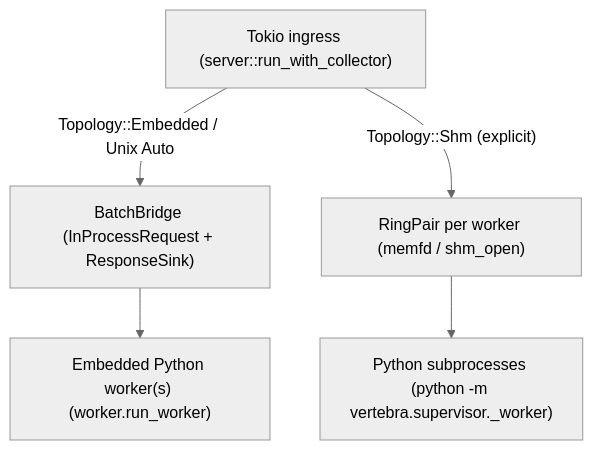
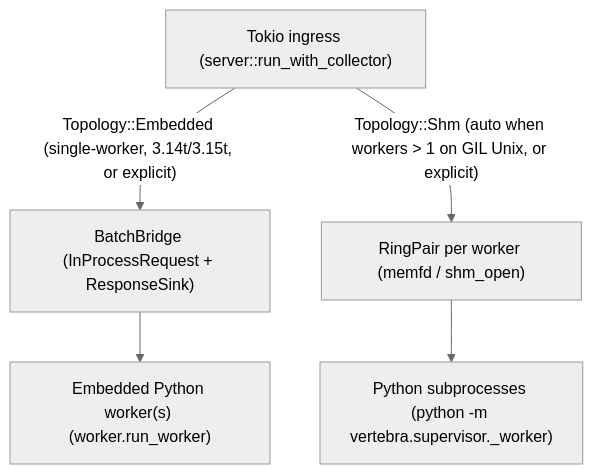
Before and after one commit to cofin/vertebra: the diagram in .agents/bundles/knowledge/architecture/runtime/topologies-and-embedding.md, drawn with Mermaid (neutral theme). The commit also changed other lines of this file and 105 other files, not shown here.

First line of the commit message:
docs: add polyglot documentation pipeline and auto-SHM multi-worker topology (#55)

````diff
--- a/.agents/bundles/knowledge/architecture/runtime/topologies-and-embedding.md
+++ b/.agents/bundles/knowledge/architecture/runtime/topologies-and-embedding.md
@@ -24,8 +25,8 @@
 ```mermaid
 flowchart TD
     Ingress["Tokio ingress (server::run_with_collector)"]
-    Ingress -->|"Topology::Embedded / Unix Auto"| Bridge["BatchBridge (InProcessRequest + ResponseSink)"]
-    Ingress -->|"Topology::Shm (explicit)"| Shm["RingPair per worker (memfd / shm_open)"]
+    Ingress -->|"Topology::Embedded (single-worker, 3.14t/3.15t, or explicit)"| Bridge["BatchBridge (InProcessRequest + ResponseSink)"]
+    Ingress -->|"Topology::Shm (auto when workers > 1 on GIL Unix, or explicit)"| Shm["RingPair per worker (memfd / shm_open)"]
     Bridge --> PyThread["Embedded Python worker(s) (worker.run_worker)"]
     Shm --> PySub["Python subprocesses (python -m vertebra.supervisor._worker)"]
 ```
````
